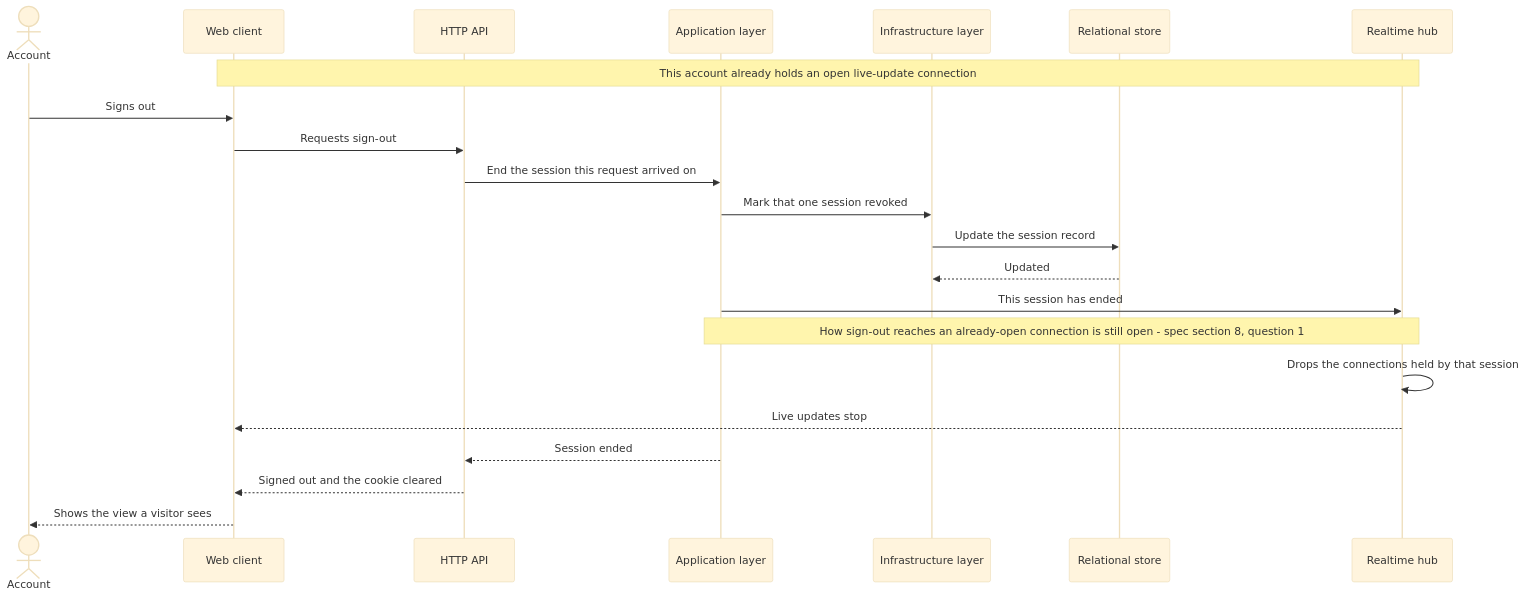
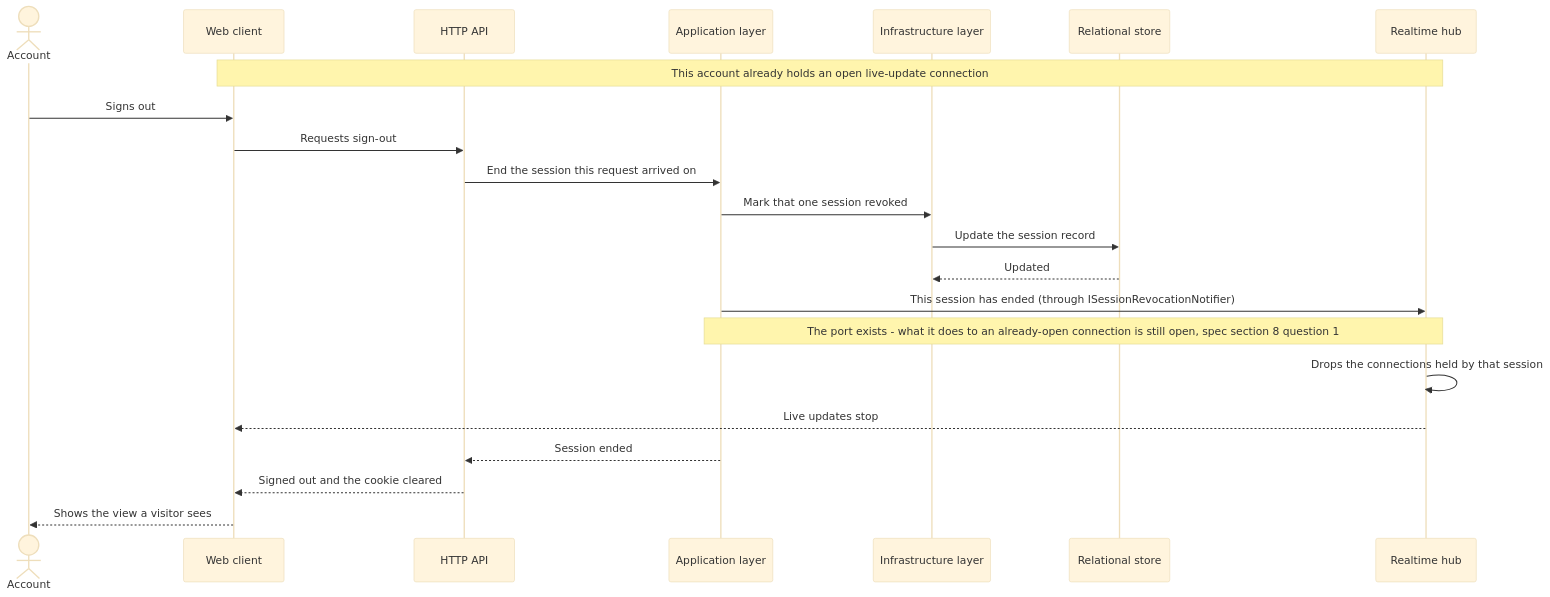
Before and after one commit to alex-korneyko/Uniqua.Projector: the fourth of 4 diagrams in docs/features/accounts-and-sessions/sad.md, drawn with Mermaid (base theme). The commit also changed other lines of this file and 1 other file, not shown here.

````diff
--- a/docs/features/accounts-and-sessions/sad.md
+++ b/docs/features/accounts-and-sessions/sad.md
@@ -232,25 +237,25 @@
 ```mermaid
 sequenceDiagram
     actor Account
     participant Spa as Web client
     participant Api as HTTP API
     participant App as Application layer
     participant Infra as Infrastructure layer
     participant Db as Relational store
     participant Hub as Realtime hub
 
     Note over Spa,Hub: This account already holds an open live-update connection
     Account->>Spa: Signs out
     Spa->>Api: Requests sign-out
     Api->>App: End the session this request arrived on
     App->>Infra: Mark that one session revoked
     Infra->>Db: Update the session record
     Db-->>Infra: Updated
-    App->>Hub: This session has ended
-    Note over App,Hub: How sign-out reaches an already-open connection is still open - spec section 8, question 1
+    App->>Hub: This session has ended (through ISessionRevocationNotifier)
+    Note over App,Hub: The port exists - what it does to an already-open connection is still open, spec section 8 question 1
     Hub->>Hub: Drops the connections held by that session
     Hub-->>Spa: Live updates stop
     App-->>Api: Session ended
     Api-->>Spa: Signed out and the cookie cleared
     Spa-->>Account: Shows the view a visitor sees
 ```
````
